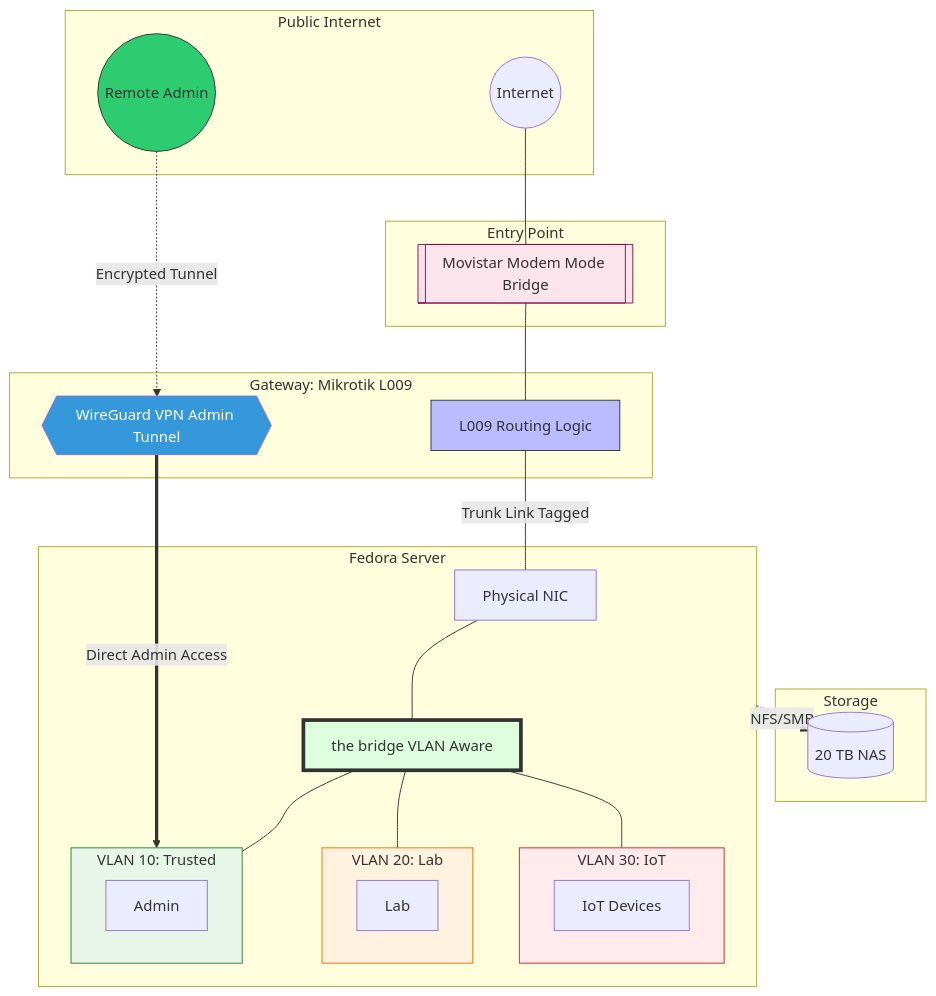
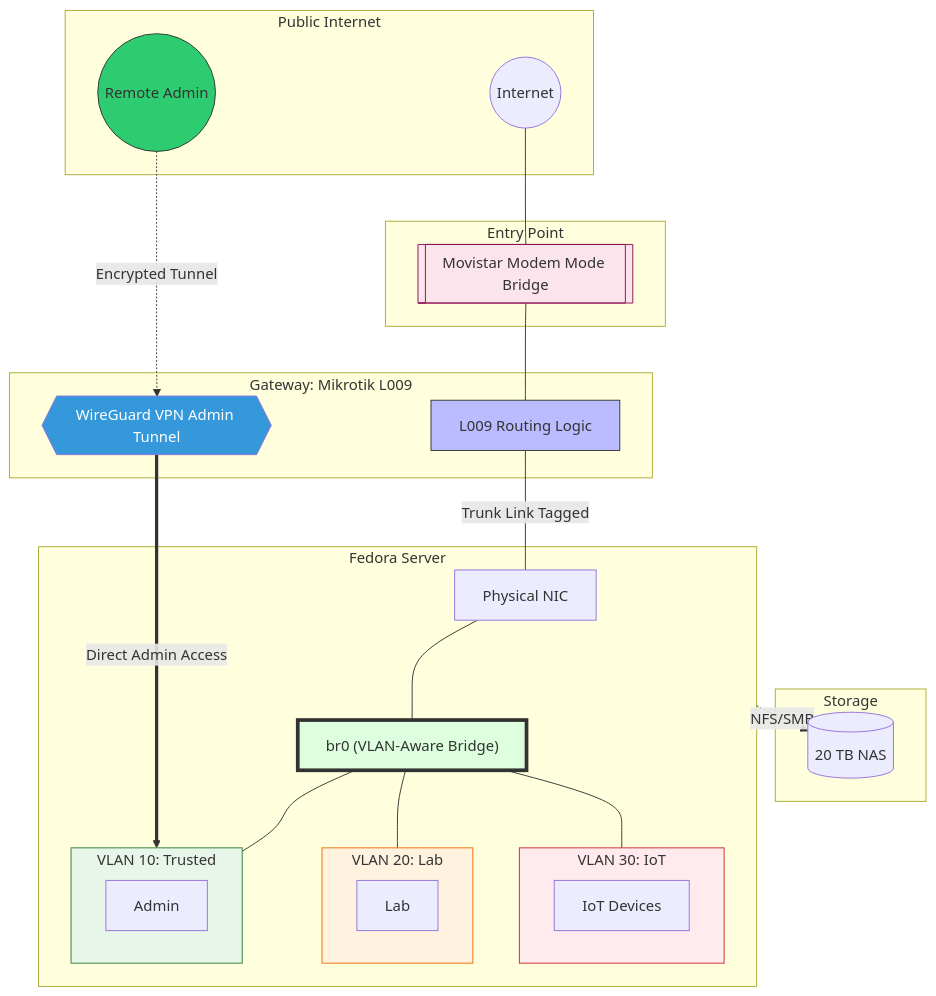
One commit to Sevamiau/infra-documentation changed the first of 2 diagrams in README.md. Above: the diagram before and after it, drawn with Mermaid. The commit also changed other lines of this file, not shown here.

````diff
--- a/README.md
+++ b/README.md
@@ -62,70 +56,70 @@
 ```mermaid
 graph TD
     %% External & Entry
     subgraph ISP [Public Internet]
         RemoteAdmin((Remote Admin))
         Internet((Internet))
     end
 
     subgraph Entry [Entry Point]
         Modem[[Movistar Modem Mode Bridge]]
     end
 
     subgraph Storage [Storage]
         NAS[(20 TB NAS)]
     end
 
     %% Router Layer
     subgraph Router [Gateway: Mikrotik L009]
         L009[L009 Routing Logic]
         WG{{"WireGuard VPN Admin Tunnel"}}
     end
 
     %% Server Layer
     subgraph Server [Fedora Server]
         PhysNIC[Physical NIC]
-        Bridge["the bridge VLAN Aware"]
+        Bridge["br0 (VLAN-Aware Bridge)"]
         
         subgraph VLAN10 [VLAN 10: Trusted]
             PH[Admin]
         end
 
         subgraph VLAN20 [VLAN 20: Lab]
             JF[Lab]
         end
 
         subgraph VLAN30 [VLAN 30: IoT]
             IoT[IoT Devices]
         end
     end
 
     %% Connections
     Internet --- Modem
     Modem --- L009
     RemoteAdmin -.->|Encrypted Tunnel| WG
     
     %% The Trunk Link
     L009 ---|Trunk Link Tagged| PhysNIC
     PhysNIC --- Bridge
     
     %% VPN Landing Path
     WG ==>|Direct Admin Access| VLAN10
 
     %% Bridge Distribution
     Bridge --- VLAN10
     Bridge --- VLAN20
     Bridge --- VLAN30
 
     %% Storage Path
     Server -.->|NFS/SMB| NAS
 
     %% Styling
     style Modem fill:#fce4ec,stroke:#880e4f
     style RemoteAdmin fill:#2ecc71,stroke:#333
     style L009 fill:#bbf,stroke:#333
     style WG fill:#3498db,color:#fff
     style Bridge fill:#dfd,stroke:#333,stroke-width:4px
     style VLAN10 fill:#e8f5e9,stroke:#2e7d32
     style VLAN20 fill:#fff3e0,stroke:#ef6c00
     style VLAN30 fill:#ffebee,stroke:#c62828
 ```
````
